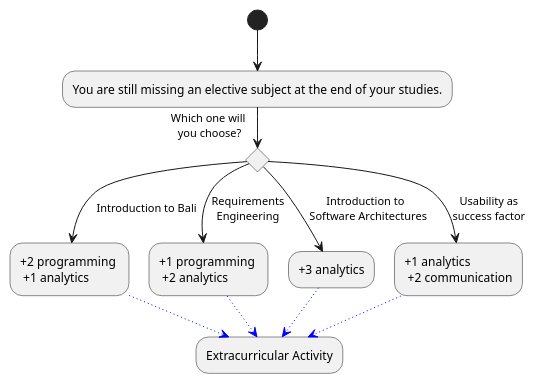
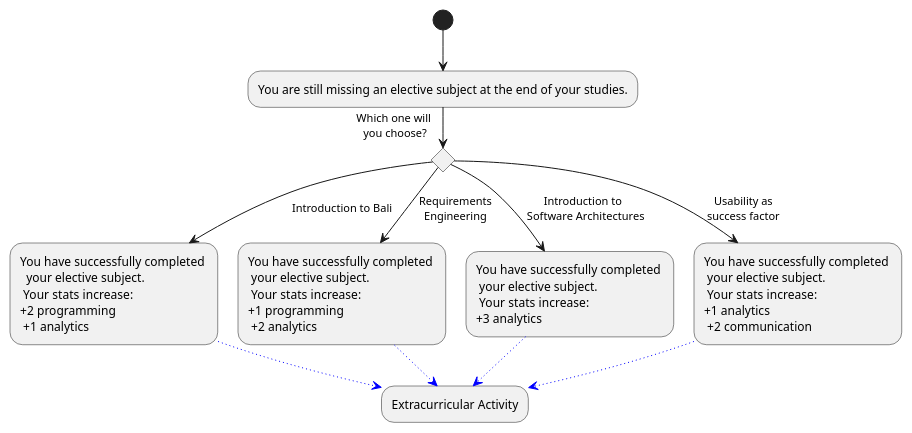
Before and after one commit to Brotenko/QualityQuest: the diagram in Docs/Technical Specifications/docs/diagrams/StoryFlow/StoryFlow_Decision_2.puml, drawn with PlantUML. The commit also changed 6 other files, not shown here.

```diff
--- a/Docs/Technical Specifications/docs/diagrams/StoryFlow/StoryFlow_Decision_2.puml
+++ b/Docs/Technical Specifications/docs/diagrams/StoryFlow/StoryFlow_Decision_2.puml
@@ -1,25 +1,25 @@
 @startuml
 (*) --> "You are still missing an elective subject at the end of your studies."
 if "Which one will\n you choose?" then
---> [Introduction to Bali] "+2 programming \n +1 analytics" as bali
+--> [Introduction to Bali] "You have successfully completed \n  your elective subject.\n Your stats increase: \n+2 programming \n +1 analytics" as bali
 else
---> [Requirements\nEngineering] "+1 programming \n +2 analytics" as re
+--> [Requirements\nEngineering] "You have successfully completed \n your elective subject.\n Your stats increase: \n+1 programming \n +2 analytics" as re
 else
---> [Introduction to \n Software Architectures] "+3 analytics" as esa
+--> [Introduction to \n Software Architectures] "You have successfully completed \n your elective subject.\n Your stats increase: \n+3 analytics" as esa
 else
---> [Usability as\nsuccess factor] "+1 analytics \n +2 communication" as usf
+--> [Usability as\nsuccess factor] "You have successfully completed \n your elective subject.\n Your stats increase: \n+1 analytics \n +2 communication" as usf
 
 
 usf -[#blue,dotted]-> "Extracurricular Activity" as nextDecision
 re -[#blue,dotted]-> nextDecision
 bali -[#blue,dotted]-> nextDecision
 esa -[#blue,dotted]-> nextDecision
 
 /'
 Wir stehen 1 Jahr vor Ende des Studiums
 Du musst Dich für ein Wahlpflichtfach entscheiden.
 
 
 '/
 
 @enduml
```
